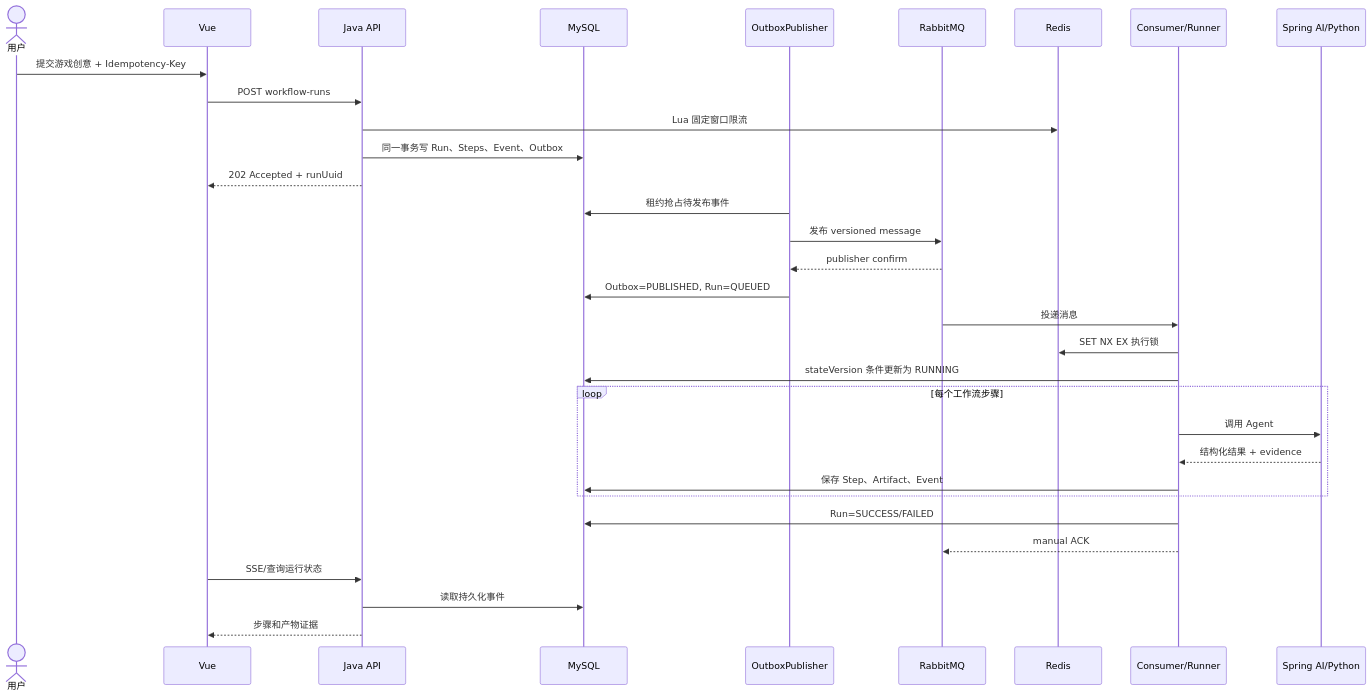
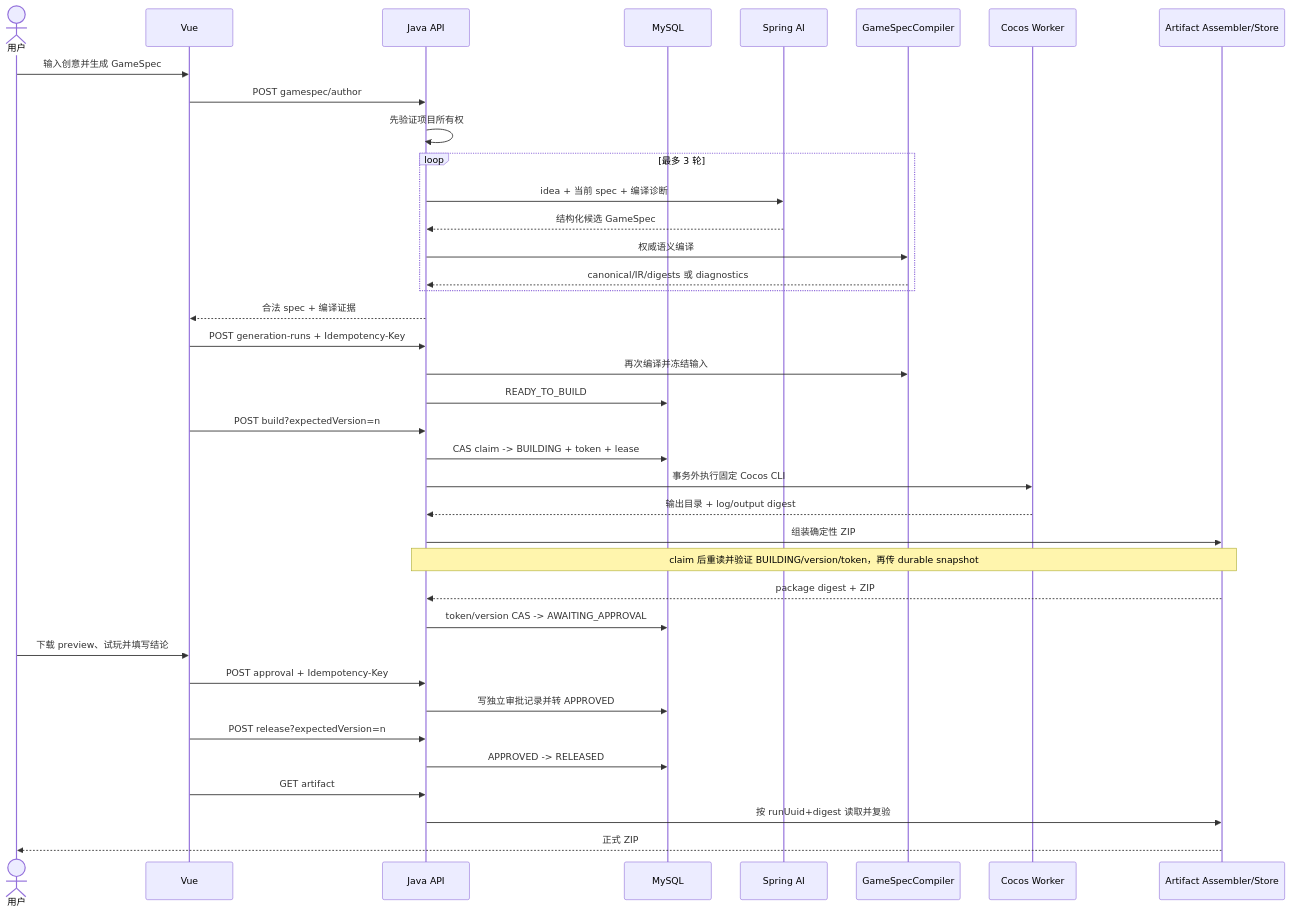
One commit to 1617-sys/GameDev-Agent-Workbench changed the diagram in docs/INTERNSHIP_PROJECT_DEEP_ANALYSIS.md. Above: the diagram before and after it, drawn with Mermaid. The commit also changed other lines of this file and 4 other files, not shown here.

````diff
--- a/docs/INTERNSHIP_PROJECT_DEEP_ANALYSIS.md
+++ b/docs/INTERNSHIP_PROJECT_DEEP_ANALYSIS.md
@@ -192,35 +200,41 @@
 ```mermaid
 sequenceDiagram
     actor U as 用户
     participant V as Vue
     participant J as Java API
     participant DB as MySQL
-    participant O as OutboxPublisher
-    participant MQ as RabbitMQ
-    participant R as Redis
-    participant C as Consumer/Runner
-    participant AI as Spring AI/Python
+    participant AI as Spring AI
+    participant GC as GameSpecCompiler
+    participant CW as Cocos Worker
+    participant AS as Artifact Assembler/Store
 
-    U->>V: 提交游戏创意 + Idempotency-Key
-    V->>J: POST workflow-runs
-    J->>R: Lua 固定窗口限流
-    J->>DB: 同一事务写 Run、Steps、Event、Outbox
-    J-->>V: 202 Accepted + runUuid
-    O->>DB: 租约抢占待发布事件
-    O->>MQ: 发布 versioned message
-    MQ-->>O: publisher confirm
-    O->>DB: Outbox=PUBLISHED, Run=QUEUED
-    MQ->>C: 投递消息
-    C->>R: SET NX EX 执行锁
-    C->>DB: stateVersion 条件更新为 RUNNING
-    loop 每个工作流步骤
-        C->>AI: 调用 Agent
-        AI-->>C: 结构化结果 + evidence
-        C->>DB: 保存 Step、Artifact、Event
+    U->>V: 输入创意并生成 GameSpec
+    V->>J: POST gamespec/author
+    J->>J: 先验证项目所有权
+    loop 最多 3 轮
+        J->>AI: idea + 当前 spec + 编译诊断
+        AI-->>J: 结构化候选 GameSpec
+        J->>GC: 权威语义编译
+        GC-->>J: canonical/IR/digests 或 diagnostics
     end
-    C->>DB: Run=SUCCESS/FAILED
-    C-->>MQ: manual ACK
-    V->>J: SSE/查询运行状态
-    J->>DB: 读取持久化事件
-    J-->>V: 步骤和产物证据
+    J-->>V: 合法 spec + 编译证据
+    V->>J: POST generation-runs + Idempotency-Key
+    J->>GC: 再次编译并冻结输入
+    J->>DB: READY_TO_BUILD
+    V->>J: POST build?expectedVersion=n
+    J->>DB: CAS claim -> BUILDING + token + lease
+    J->>CW: 事务外执行固定 Cocos CLI
+    CW-->>J: 输出目录 + log/output digest
+    J->>AS: 组装确定性 ZIP
+    Note over J,AS: claim 后重读并验证 BUILDING/version/token，再传 durable snapshot
+    AS-->>J: package digest + ZIP
+    J->>DB: token/version CAS -> AWAITING_APPROVAL
+    U->>V: 下载 preview、试玩并填写结论
+    V->>J: POST approval + Idempotency-Key
+    J->>DB: 写独立审批记录并转 APPROVED
+    V->>J: POST release?expectedVersion=n
+    J->>DB: APPROVED -> RELEASED
+    V->>J: GET artifact
+    J->>AS: 按 runUuid+digest 读取并复验
+    AS-->>U: 正式 ZIP
 ```
````
